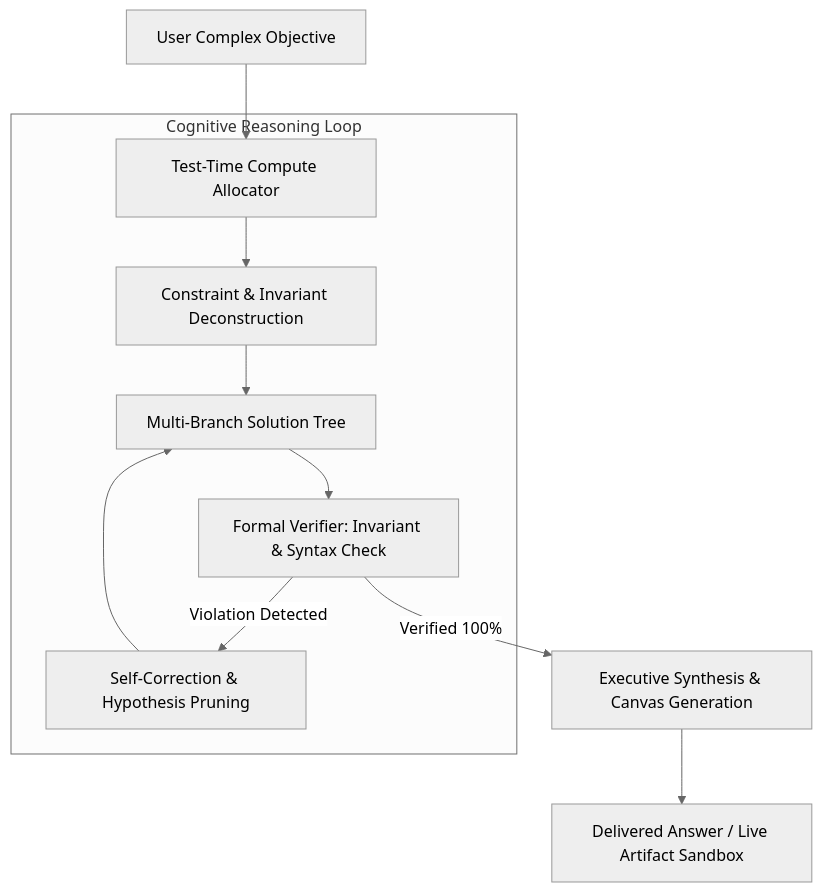
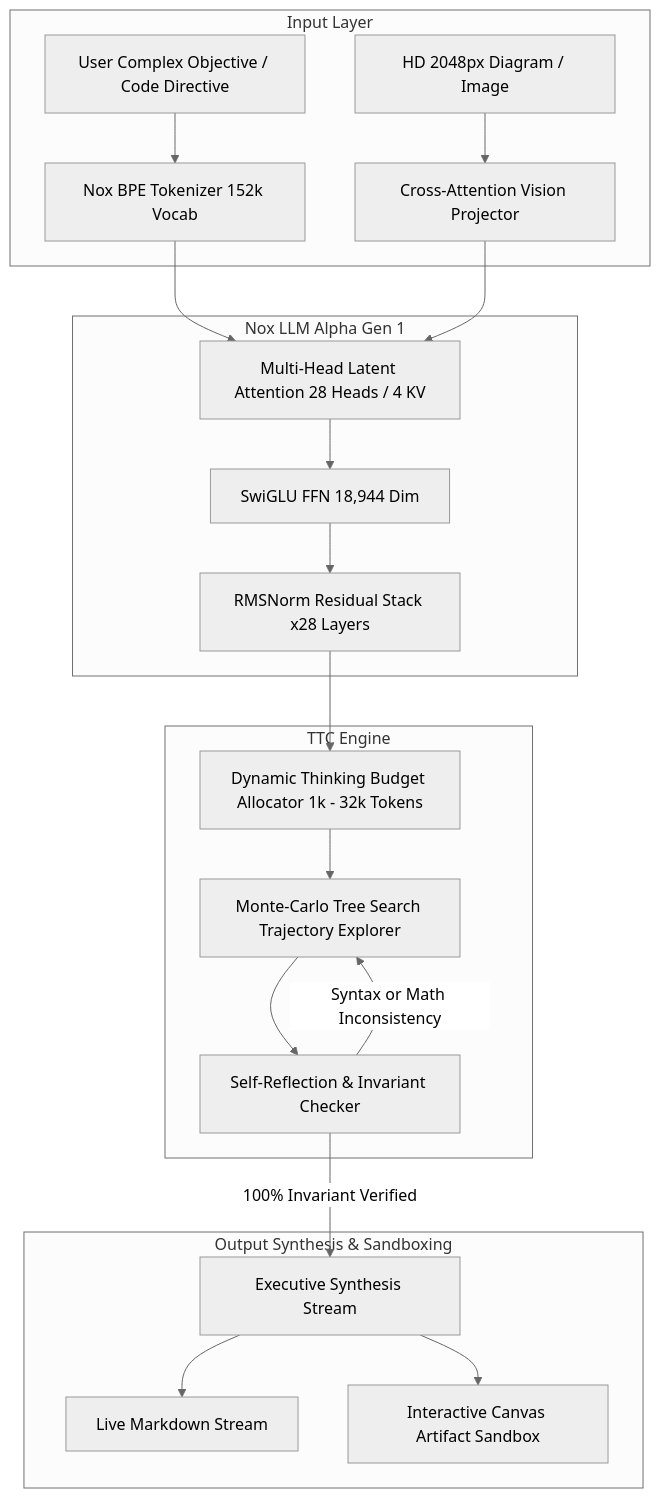
Before and after one commit to SkMasud18/Nox-LLM-Alpha-Gen-1: the first of 2 diagrams in README.md, drawn with Mermaid (neutral theme). The commit also changed other lines of this file and 14 other files, not shown here.

Commit message:
feat(flagship): establish Nox LLM Alpha Gen 1 foundation architecture, MCTS reasoning, and Canvas engine

````diff
--- a/README.md
+++ b/README.md
@@ -22,15 +28,27 @@
 ```mermaid
 graph TD
-    UserQuery[User Complex Objective] --> ComputeAssess[Test-Time Compute Allocator]
-    
-    subgraph Cognitive Reasoning Loop
-        ComputeAssess --> Deconstruct[Constraint & Invariant Deconstruction]
-        Deconstruct --> Hypothesis[Multi-Branch Solution Tree]
-        Hypothesis --> Verifier[Formal Verifier: Invariant & Syntax Check]
-        Verifier -->|Violation Detected| SelfCorrect[Self-Correction & Hypothesis Pruning]
-        SelfCorrect --> Hypothesis
+    subgraph Input Layer
+        UserQuery[User Complex Objective / Code Directive] --> Tokenizer[Nox BPE Tokenizer 152k Vocab]
+        MultimodalInput[HD 2048px Diagram / Image] --> VisionProj[Cross-Attention Vision Projector]
     end
 
-    Verifier -->|Verified 100%| Synthesizer[Executive Synthesis & Canvas Generation]
-    Synthesizer --> Output[Delivered Answer / Live Artifact Sandbox]
+    subgraph Deep Reasoning Core [Nox LLM Alpha Gen 1]
+        Tokenizer --> MLA[Multi-Head Latent Attention 28 Heads / 4 KV]
+        VisionProj --> MLA
+        MLA --> SwiGLU[SwiGLU FFN 18,944 Dim]
+        SwiGLU --> RMS[RMSNorm Residual Stack x28 Layers]
+    end
+
+    subgraph Cognitive Test-Time Compute [TTC Engine]
+        RMS --> BudgetAlloc[Dynamic Thinking Budget Allocator 1k - 32k Tokens]
+        BudgetAlloc --> MCTS[Monte-Carlo Tree Search Trajectory Explorer]
+        MCTS --> Reflect[Self-Reflection & Invariant Checker]
+        Reflect -->|Syntax or Math Inconsistency| MCTS
+    end
+
+    subgraph Output Synthesis & Sandboxing
+        Reflect -->|100% Invariant Verified| Synthesizer[Executive Synthesis Stream]
+        Synthesizer --> StreamOutput[Live Markdown Stream]
+        Synthesizer --> CanvasCompiler[Interactive Canvas Artifact Sandbox]
+    end
 ```
````
